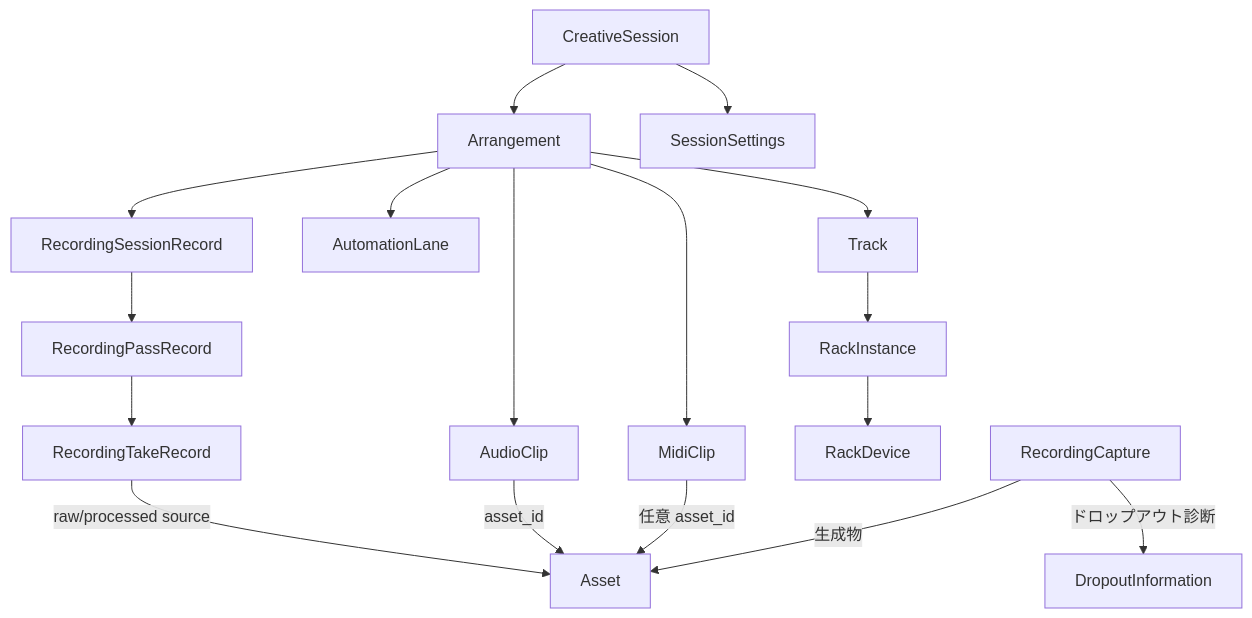
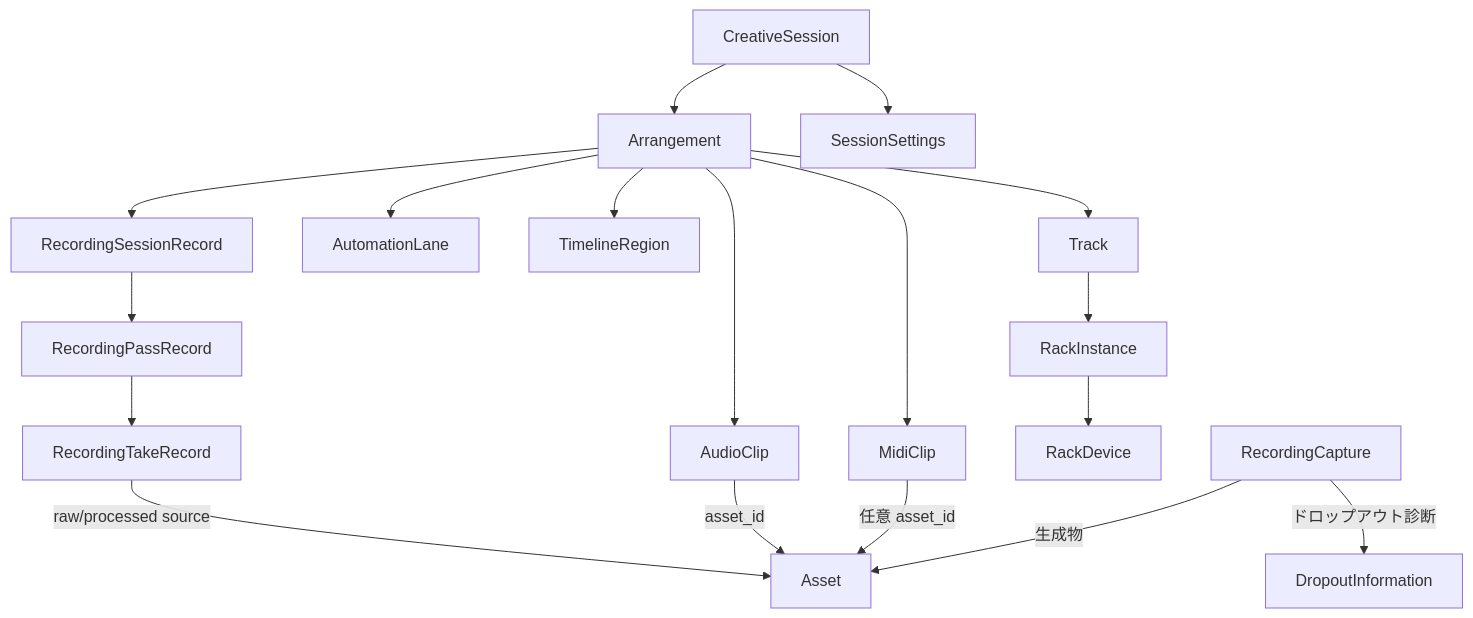
One commit to endo-ly/riffra changed the diagram in docs/data-model.md. Above: the diagram before and after it, drawn with Mermaid. The commit also changed other lines of this file and 3 other files, not shown here.

````diff
--- a/docs/data-model.md
+++ b/docs/data-model.md
@@ -124,19 +126,20 @@
 ```mermaid
 flowchart TD
     CS[CreativeSession] --> AR[Arrangement]
     AR --> TR[Track]
     AR --> AC[AudioClip]
     AR --> MC[MidiClip]
     AR --> AU[AutomationLane]
+    AR --> RG[TimelineRegion]
     AR --> RS[RecordingSessionRecord]
     RS --> RP[RecordingPassRecord]
     RP --> RT[RecordingTakeRecord]
     RT -->|raw/processed source| AS[Asset]
     AC -->|asset_id| AS
     MC -->|任意 asset_id| AS
     TR --> RI[RackInstance]
     RI --> RD[RackDevice]
     CS --> SE[SessionSettings]
     RC[RecordingCapture] -->|生成物| AS
     RC -->|ドロップアウト診断| DI[DropoutInformation]
 ```
````
